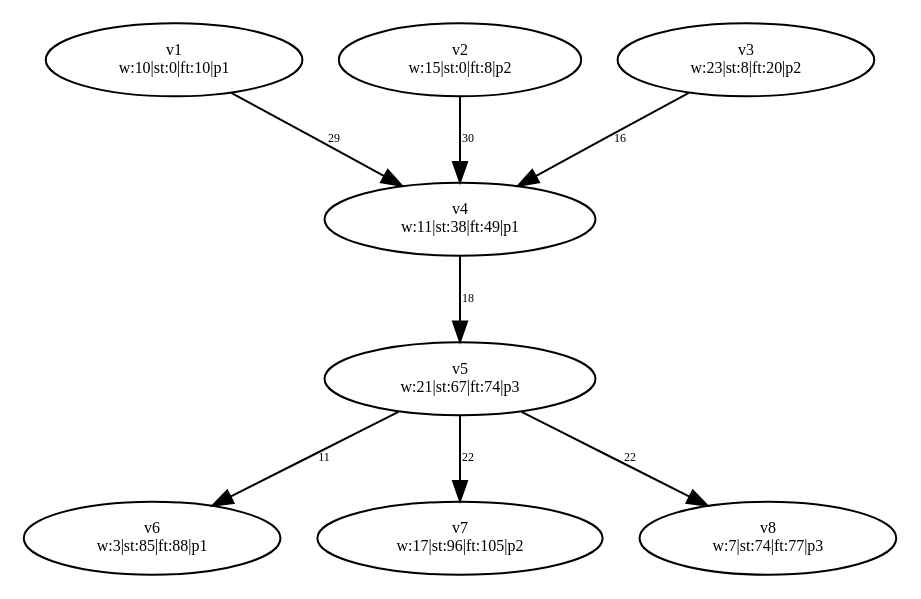
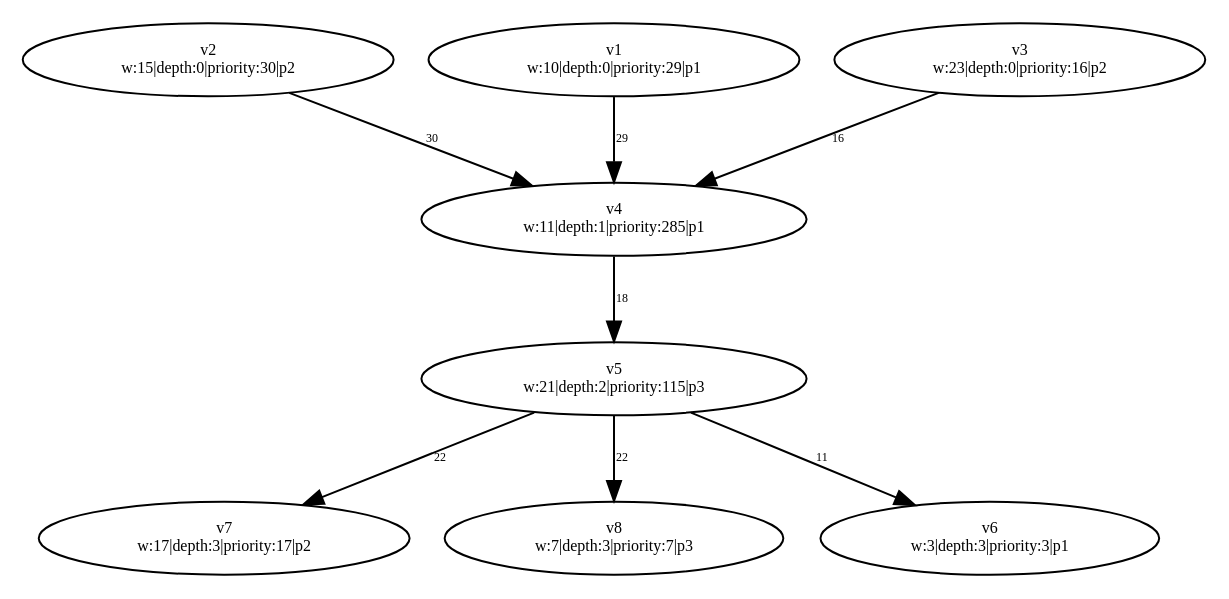
Before and after one commit to dexters1/Task-Scheduling-Based-on-Genetic-Algorithms: the diagram in PythonApplication1/PythonApplication1/test-output/slika_3.gv, drawn with Graphviz. The commit also changed 54 other files, not shown here.

```diff
--- a/PythonApplication1/PythonApplication1/test-output/slika_3.gv
+++ b/PythonApplication1/PythonApplication1/test-output/slika_3.gv
@@ -1,25 +1,25 @@
 digraph {
+	v2 [label="v2
+w:15|depth:0|priority:30|p2" fontsize=8.0]
 	v1 [label="v1
-w:10|st:0|ft:10|p1" fontsize=8.0]
-	v2 [label="v2
-w:15|st:0|ft:8|p2" fontsize=8.0]
+w:10|depth:0|priority:29|p1" fontsize=8.0]
 	v3 [label="v3
-w:23|st:8|ft:20|p2" fontsize=8.0]
+w:23|depth:0|priority:16|p2" fontsize=8.0]
 	v4 [label="v4
-w:11|st:38|ft:49|p1" fontsize=8.0]
+w:11|depth:1|priority:285|p1" fontsize=8.0]
 	v5 [label="v5
-w:21|st:67|ft:74|p3" fontsize=8.0]
+w:21|depth:2|priority:115|p3" fontsize=8.0]
+	v7 [label="v7
+w:17|depth:3|priority:17|p2" fontsize=8.0]
+	v8 [label="v8
+w:7|depth:3|priority:7|p3" fontsize=8.0]
 	v6 [label="v6
-w:3|st:85|ft:88|p1" fontsize=8.0]
-	v7 [label="v7
-w:17|st:96|ft:105|p2" fontsize=8.0]
-	v8 [label="v8
-w:7|st:74|ft:77|p3" fontsize=8.0]
+w:3|depth:3|priority:3|p1" fontsize=8.0]
 	v1 -> v4 [label=29 constraint=true fontsize=6.0]
 	v2 -> v4 [label=30 constraint=true fontsize=6.0]
 	v3 -> v4 [label=16 constraint=true fontsize=6.0]
 	v4 -> v5 [label=18 constraint=true fontsize=6.0]
 	v5 -> v6 [label=11 constraint=true fontsize=6.0]
 	v5 -> v7 [label=22 constraint=true fontsize=6.0]
 	v5 -> v8 [label=22 constraint=true fontsize=6.0]
 }
```
